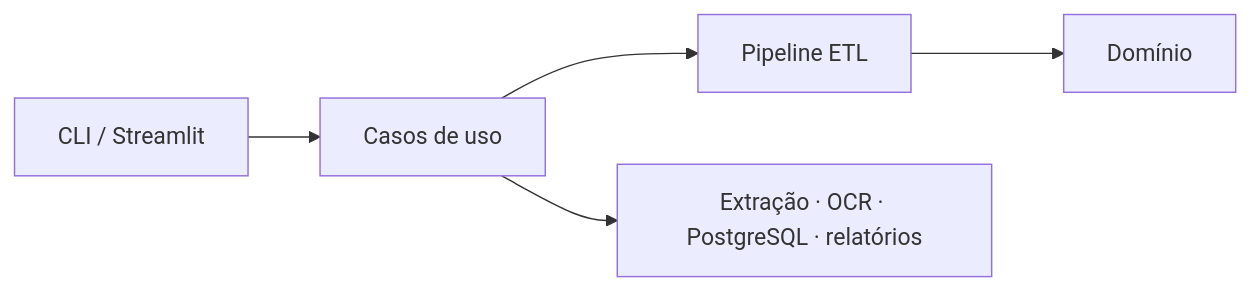
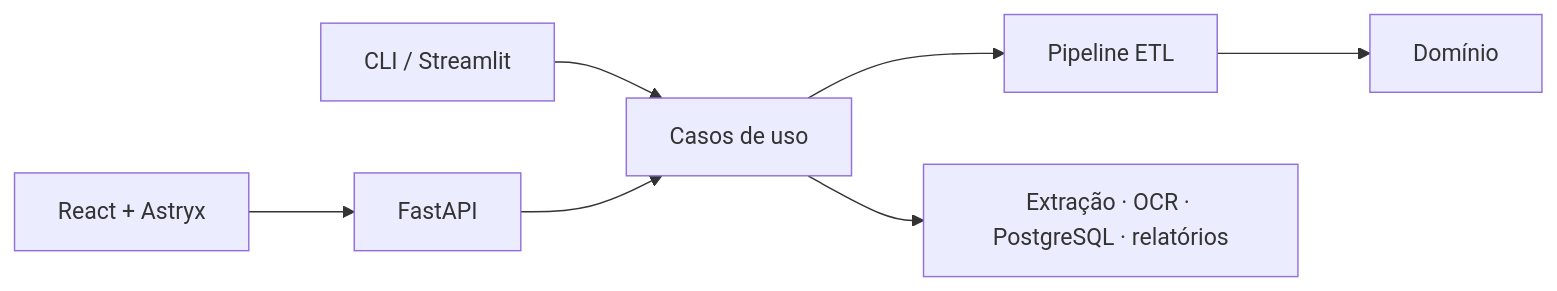
Before and after one commit to Sheiden1/waypoint-etl: the diagram in README.md, drawn with Mermaid. The commit also changed other lines of this file and 67 other files, not shown here.

````diff
--- a/README.md
+++ b/README.md
@@ -226,7 +296,9 @@
 ```mermaid
 flowchart LR
-    UI["CLI / Streamlit"] --> APP["Casos de uso"]
+    CLASSIC["CLI / Streamlit"] --> APP["Casos de uso"]
+    WEB["React + Astryx"] --> API["FastAPI"]
+    API --> APP
     APP --> PIPE["Pipeline ETL"]
     PIPE --> DOMAIN["Domínio"]
     APP --> INFRA["Extração · OCR · PostgreSQL · relatórios"]
 ```
````
